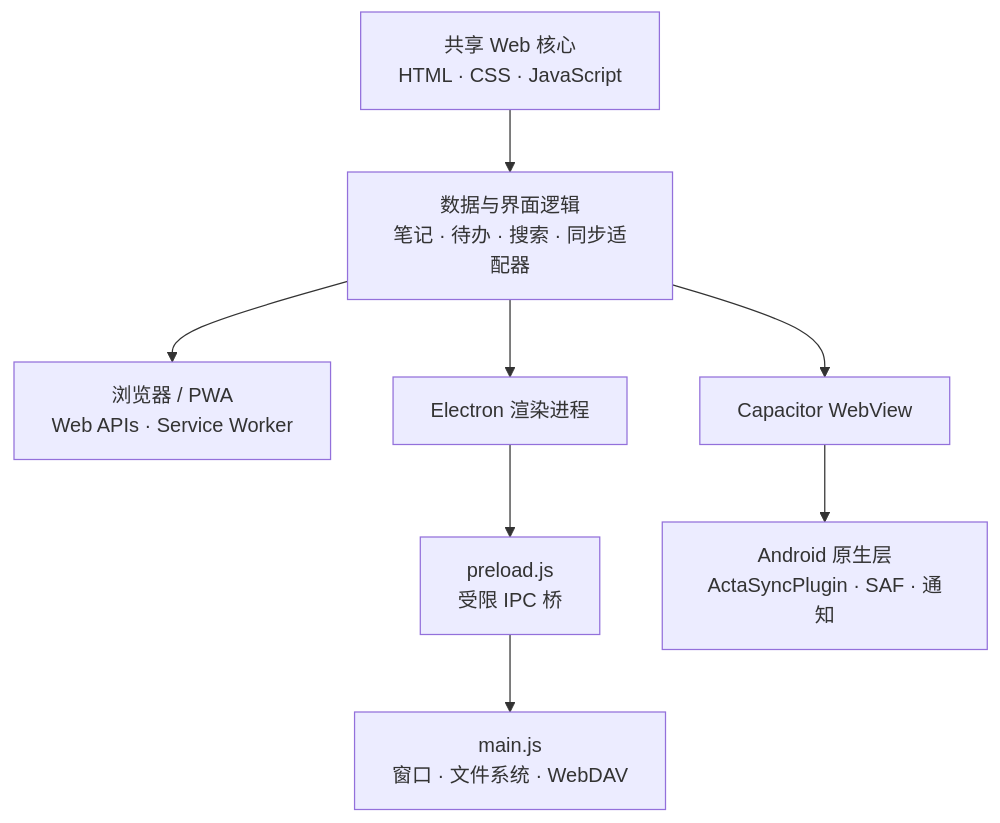
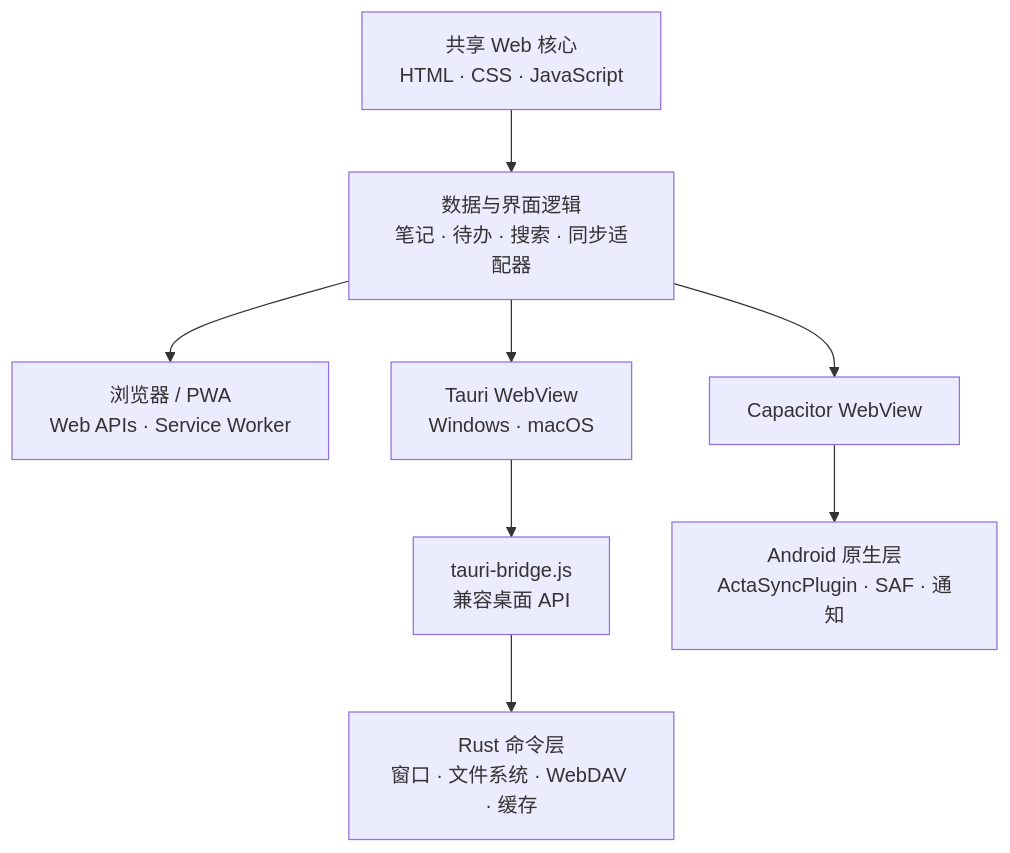
One commit to MogroWang/Acta changed the diagram in README.md. Above: the diagram before and after it, drawn with Mermaid. The commit also changed other lines of this file and 152 other files, not shown here.

````diff
--- a/README.md
+++ b/README.md
@@ -47,16 +50,16 @@
 ```mermaid
 flowchart TB
     Core["共享 Web 核心<br/>HTML · CSS · JavaScript"]
     Model["数据与界面逻辑<br/>笔记 · 待办 · 搜索 · 同步适配器"]
     PWA["浏览器 / PWA<br/>Web APIs · Service Worker"]
-    Electron["Electron 渲染进程"]
-    Bridge["preload.js<br/>受限 IPC 桥"]
-    Main["main.js<br/>窗口 · 文件系统 · WebDAV"]
+    Tauri["Tauri WebView<br/>Windows · macOS"]
+    Bridge["tauri-bridge.js<br/>兼容桌面 API"]
+    Rust["Rust 命令层<br/>窗口 · 文件系统 · WebDAV · 缓存"]
     Android["Capacitor WebView"]
     Native["Android 原生层<br/>ActaSyncPlugin · SAF · 通知"]
 
     Core --> Model
     Model --> PWA
-    Model --> Electron --> Bridge --> Main
+    Model --> Tauri --> Bridge --> Rust
     Model --> Android --> Native
 ```
````
